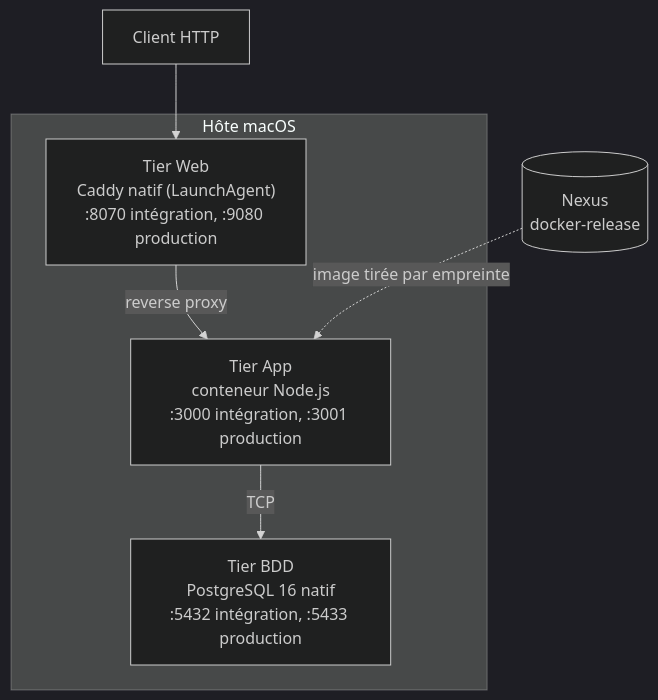
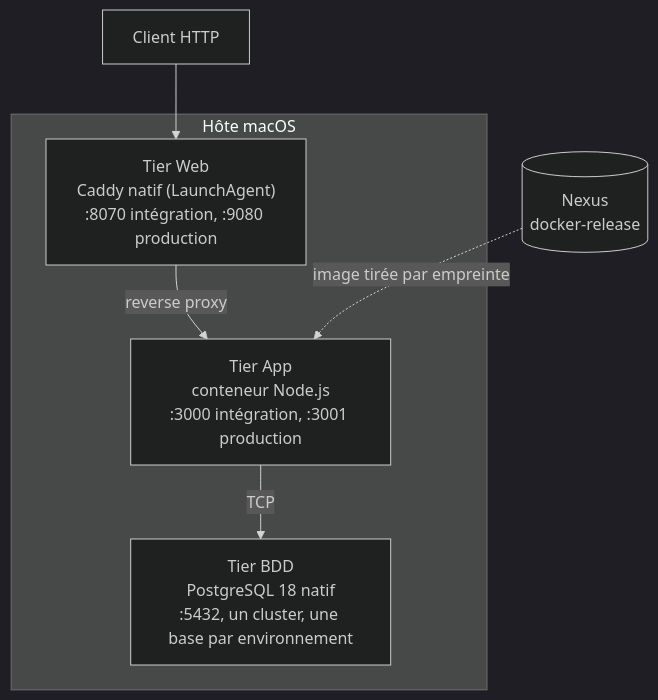
Before and after one commit to logo-solutions/factice: the first of 2 diagrams in Docs/architecture-3tiers.md, drawn with Mermaid (dark theme). The commit also changed other lines of this file and 12 other files, not shown here.

First line of the commit message:
fix: tier BDD natif exécutable (ordre, PostgreSQL 18, schéma, validation réelle)

````diff
--- a/Docs/architecture-3tiers.md
+++ b/Docs/architecture-3tiers.md
@@ -17,12 +17,12 @@
 ```mermaid
 flowchart TD
     C[Client HTTP] --> W
     subgraph hôte [Hôte macOS]
         W["Tier Web<br/>Caddy natif (LaunchAgent)<br/>:8070 intégration, :9080 production"]
         A["Tier App<br/>conteneur Node.js<br/>:3000 intégration, :3001 production"]
-        D["Tier BDD<br/>PostgreSQL 16 natif<br/>:5432 intégration, :5433 production"]
+        D["Tier BDD<br/>PostgreSQL 18 natif<br/>:5432, un cluster, une base par environnement"]
         W -->|reverse proxy| A
         A -->|TCP| D
     end
     N[(Nexus<br/>docker-release)] -.->|image tirée par empreinte| A
 ```
````
